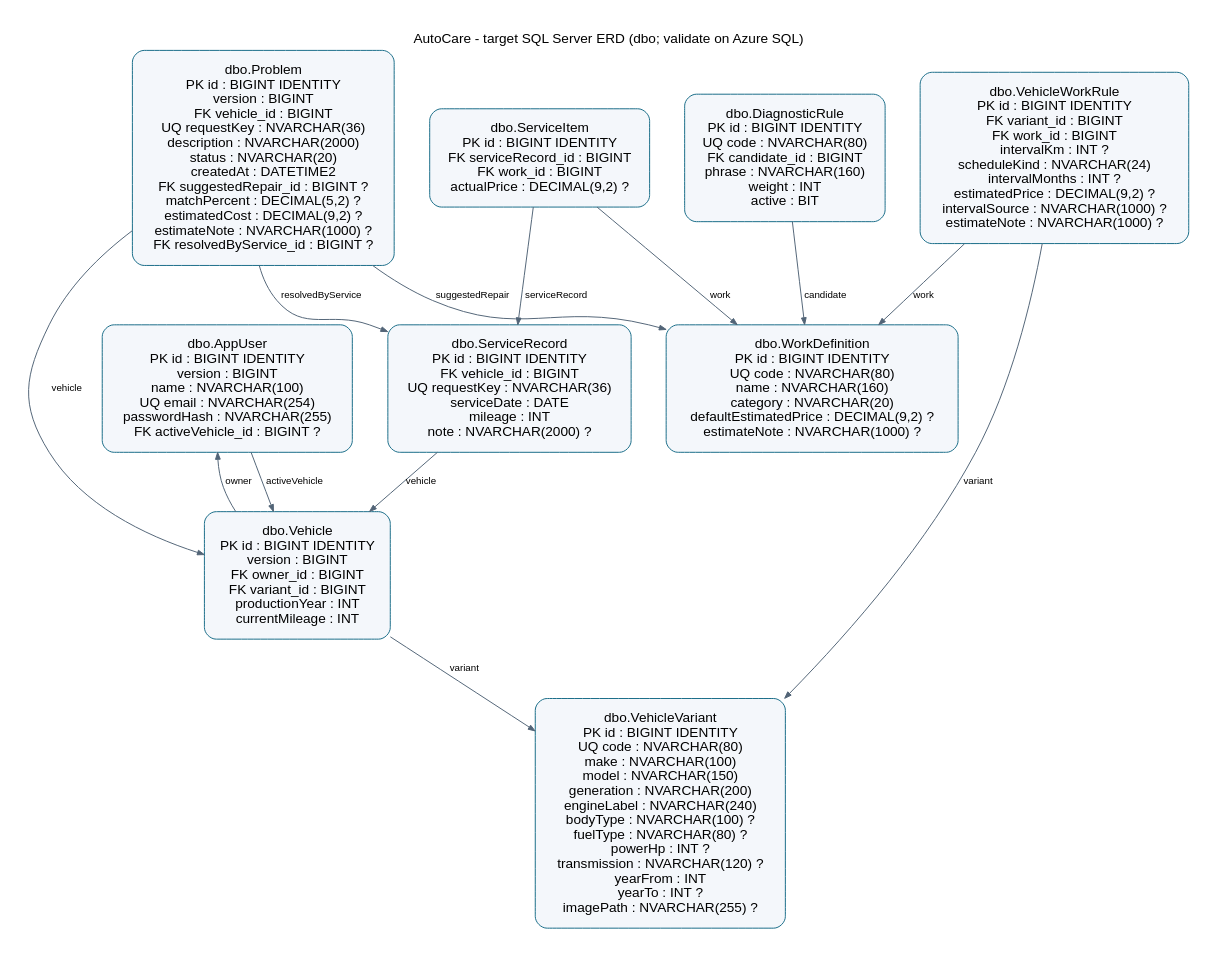
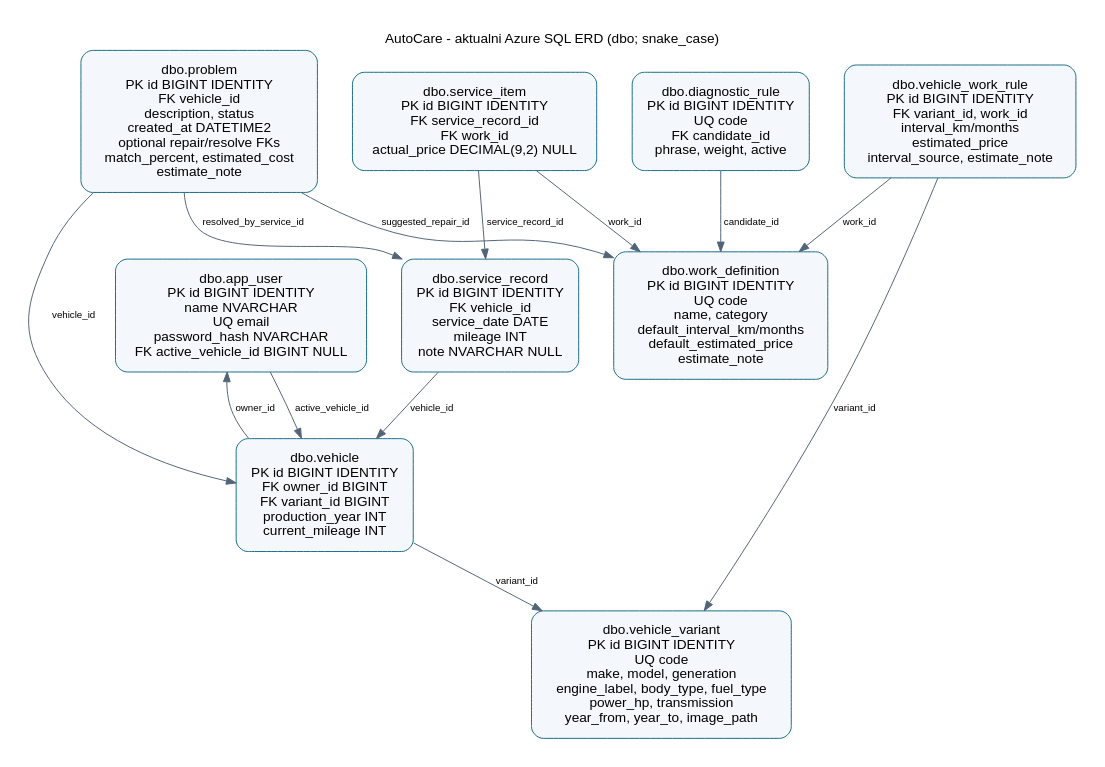
One commit to KarloLerga/AutoCare changed the diagram in docs/erd.dot. Above: the diagram before and after it, drawn with Graphviz. The commit also changed 31 other files, not shown here.

```diff
--- a/docs/erd.dot
+++ b/docs/erd.dot
@@ -1,44 +1,28 @@
 digraph AutoCareErD {
-    graph [
-        rankdir=TB,
-        bgcolor="white",
-        pad="0.3",
-        nodesep="0.5",
-        ranksep="0.7",
-        fontname="Helvetica",
-        label="AutoCare - target SQL Server ERD (dbo; validate on Azure SQL)",
-        labelloc=t
-    ];
-    node [
-        fontname="Helvetica",
-        shape=box,
-        style="rounded,filled",
-        fillcolor="#F4F7FB",
-        color="#176B87",
-        margin="0.18"
-    ];
+    graph [rankdir=TB, bgcolor="white", pad="0.3", nodesep="0.5", ranksep="0.7", fontname="Helvetica", label="AutoCare - aktualni Azure SQL ERD (dbo; snake_case)", labelloc=t];
+    node [fontname="Helvetica", shape=box, style="rounded,filled", fillcolor="#F4F7FB", color="#176B87", margin="0.18"];
     edge [fontname="Helvetica", fontsize=10, color="#526477"];
 
-    AppUser [label="dbo.AppUser\nPK id : BIGINT IDENTITY\nversion : BIGINT\nname : NVARCHAR(100)\nUQ email : NVARCHAR(254)\npasswordHash : NVARCHAR(255)\nFK activeVehicle_id : BIGINT ?"];
-    VehicleVariant [label="dbo.VehicleVariant\nPK id : BIGINT IDENTITY\nUQ code : NVARCHAR(80)\nmake : NVARCHAR(100)\nmodel : NVARCHAR(150)\ngeneration : NVARCHAR(200)\nengineLabel : NVARCHAR(240)\nbodyType : NVARCHAR(100) ?\nfuelType : NVARCHAR(80) ?\npowerHp : INT ?\ntransmission : NVARCHAR(120) ?\nyearFrom : INT\nyearTo : INT ?\nimagePath : NVARCHAR(255) ?"];
-    Vehicle [label="dbo.Vehicle\nPK id : BIGINT IDENTITY\nversion : BIGINT\nFK owner_id : BIGINT\nFK variant_id : BIGINT\nproductionYear : INT\ncurrentMileage : INT"];
-    WorkDefinition [label="dbo.WorkDefinition\nPK id : BIGINT IDENTITY\nUQ code : NVARCHAR(80)\nname : NVARCHAR(160)\ncategory : NVARCHAR(20)\ndefaultEstimatedPrice : DECIMAL(9,2) ?\nestimateNote : NVARCHAR(1000) ?"];
-    VehicleWorkRule [label="dbo.VehicleWorkRule\nPK id : BIGINT IDENTITY\nFK variant_id : BIGINT\nFK work_id : BIGINT\nintervalKm : INT ?\nscheduleKind : NVARCHAR(24)\nintervalMonths : INT ?\nestimatedPrice : DECIMAL(9,2) ?\nintervalSource : NVARCHAR(1000) ?\nestimateNote : NVARCHAR(1000) ?"];
-    ServiceRecord [label="dbo.ServiceRecord\nPK id : BIGINT IDENTITY\nFK vehicle_id : BIGINT\nUQ requestKey : NVARCHAR(36)\nserviceDate : DATE\nmileage : INT\nnote : NVARCHAR(2000) ?"];
-    ServiceItem [label="dbo.ServiceItem\nPK id : BIGINT IDENTITY\nFK serviceRecord_id : BIGINT\nFK work_id : BIGINT\nactualPrice : DECIMAL(9,2) ?"];
-    Problem [label="dbo.Problem\nPK id : BIGINT IDENTITY\nversion : BIGINT\nFK vehicle_id : BIGINT\nUQ requestKey : NVARCHAR(36)\ndescription : NVARCHAR(2000)\nstatus : NVARCHAR(20)\ncreatedAt : DATETIME2\nFK suggestedRepair_id : BIGINT ?\nmatchPercent : DECIMAL(5,2) ?\nestimatedCost : DECIMAL(9,2) ?\nestimateNote : NVARCHAR(1000) ?\nFK resolvedByService_id : BIGINT ?"];
-    DiagnosticRule [label="dbo.DiagnosticRule\nPK id : BIGINT IDENTITY\nUQ code : NVARCHAR(80)\nFK candidate_id : BIGINT\nphrase : NVARCHAR(160)\nweight : INT\nactive : BIT"];
+    app_user [label="dbo.app_user\nPK id BIGINT IDENTITY\nname NVARCHAR\nUQ email\npassword_hash NVARCHAR\nFK active_vehicle_id BIGINT NULL"];
+    vehicle_variant [label="dbo.vehicle_variant\nPK id BIGINT IDENTITY\nUQ code\nmake, model, generation\nengine_label, body_type, fuel_type\npower_hp, transmission\nyear_from, year_to, image_path"];
+    vehicle [label="dbo.vehicle\nPK id BIGINT IDENTITY\nFK owner_id BIGINT\nFK variant_id BIGINT\nproduction_year INT\ncurrent_mileage INT"];
+    work_definition [label="dbo.work_definition\nPK id BIGINT IDENTITY\nUQ code\nname, category\ndefault_interval_km/months\ndefault_estimated_price\nestimate_note"];
+    vehicle_work_rule [label="dbo.vehicle_work_rule\nPK id BIGINT IDENTITY\nFK variant_id, work_id\ninterval_km/months\nestimated_price\ninterval_source, estimate_note"];
+    service_record [label="dbo.service_record\nPK id BIGINT IDENTITY\nFK vehicle_id\nservice_date DATE\nmileage INT\nnote NVARCHAR NULL"];
+    service_item [label="dbo.service_item\nPK id BIGINT IDENTITY\nFK service_record_id\nFK work_id\nactual_price DECIMAL(9,2) NULL"];
+    problem [label="dbo.problem\nPK id BIGINT IDENTITY\nFK vehicle_id\ndescription, status\ncreated_at DATETIME2\noptional repair/resolve FKs\nmatch_percent, estimated_cost\nestimate_note"];
+    diagnostic_rule [label="dbo.diagnostic_rule\nPK id BIGINT IDENTITY\nUQ code\nFK candidate_id\nphrase, weight, active"];
 
-    AppUser -> Vehicle [label="activeVehicle", arrowsize=0.7];
-    Vehicle -> AppUser [label="owner", arrowsize=0.7];
-    Vehicle -> VehicleVariant [label="variant", arrowsize=0.7];
-    VehicleWorkRule -> VehicleVariant [label="variant", arrowsize=0.7];
-    VehicleWorkRule -> WorkDefinition [label="work", arrowsize=0.7];
-    ServiceRecord -> Vehicle [label="vehicle", arrowsize=0.7];
-    ServiceItem -> ServiceRecord [label="serviceRecord", arrowsize=0.7];
-    ServiceItem -> WorkDefinition [label="work", arrowsize=0.7];
-    Problem -> Vehicle [label="vehicle", arrowsize=0.7];
-    Problem -> WorkDefinition [label="suggestedRepair", arrowsize=0.7];
-    Problem -> ServiceRecord [label="resolvedByService", arrowsize=0.7];
-    DiagnosticRule -> WorkDefinition [label="candidate", arrowsize=0.7];
+    app_user -> vehicle [label="active_vehicle_id"];
+    vehicle -> app_user [label="owner_id"];
+    vehicle -> vehicle_variant [label="variant_id"];
+    vehicle_work_rule -> vehicle_variant [label="variant_id"];
+    vehicle_work_rule -> work_definition [label="work_id"];
+    service_record -> vehicle [label="vehicle_id"];
+    service_item -> service_record [label="service_record_id"];
+    service_item -> work_definition [label="work_id"];
+    problem -> vehicle [label="vehicle_id"];
+    problem -> work_definition [label="suggested_repair_id"];
+    problem -> service_record [label="resolved_by_service_id"];
+    diagnostic_rule -> work_definition [label="candidate_id"];
 }
```
